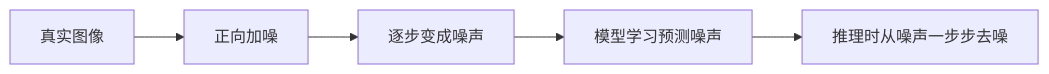
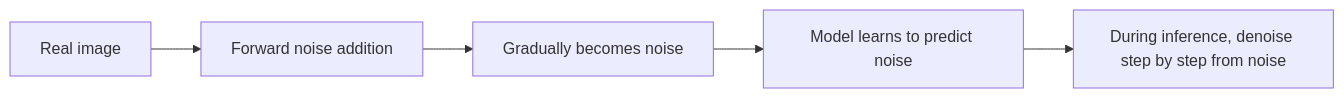
The diagram in docs/ch12-multimodal/ch02-image-gen/01-diffusion-models.md (oudbiao/AI-fullstack-course), drawn with Mermaid before and after one commit. The commit also changed other lines of this file and 1406 other files, not shown here.

````diff
--- a/docs/ch12-multimodal/ch02-image-gen/01-diffusion-models.md
+++ b/docs/ch12-multimodal/ch02-image-gen/01-diffusion-models.md
@@ -67,7 +67,7 @@
 ```mermaid
 flowchart LR
-    A["真实图像"] --> B["正向加噪"]
-    B --> C["逐步变成噪声"]
-    C --> D["模型学习预测噪声"]
-    D --> E["推理时从噪声一步步去噪"]
+    A["Real image"] --> B["Forward noise addition"]
+    B --> C["Gradually becomes noise"]
+    C --> D["Model learns to predict noise"]
+    D --> E["During inference, denoise step by step from noise"]
 ```
````
